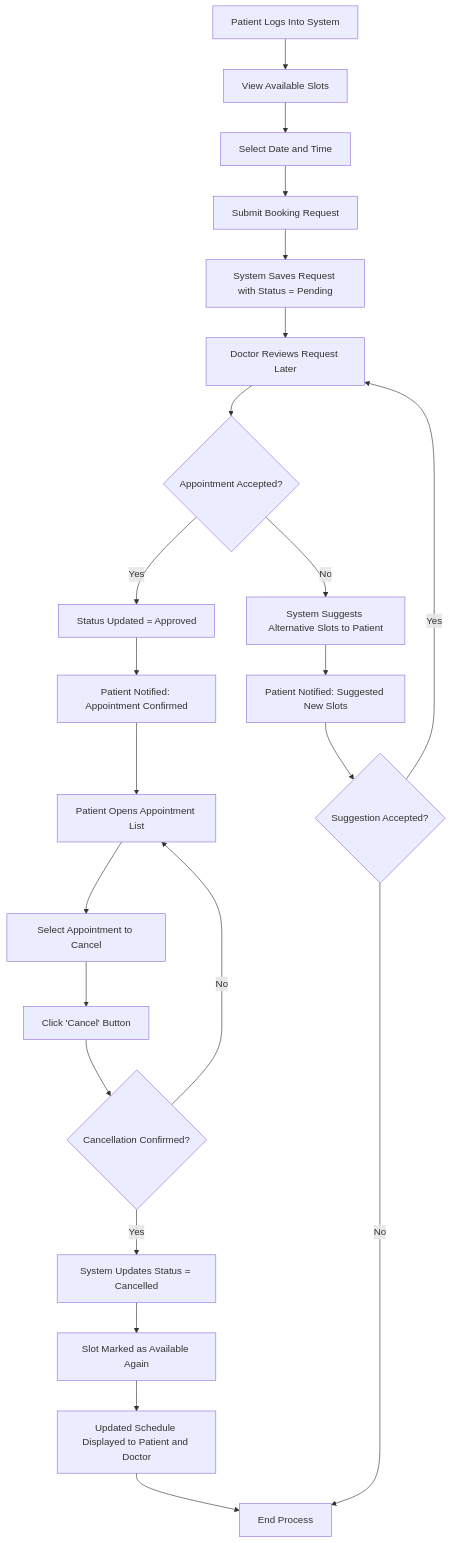
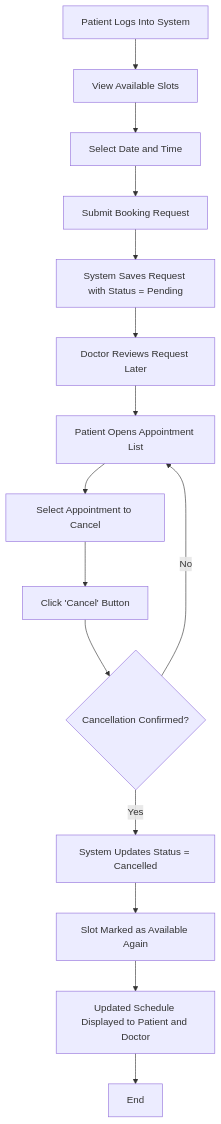
Before and after one commit to akshita-gkmit/medilink: the third of 3 diagrams in docs/usecases.md, drawn with Mermaid. The commit also changed other lines of this file and 2 other files, not shown here.

````diff
--- a/docs/usecases.md
+++ b/docs/usecases.md
@@ -148,30 +145,22 @@
 ```mermaid
 flowchart TD
     A["Patient Logs Into System"] --> B["View Available Slots"]
     B --> C["Select Date and Time"]
     C --> D["Submit Booking Request"]
     D --> E["System Saves Request with Status = Pending"]
     E --> F["Doctor Reviews Request Later"]
 
-    F --> O{"Appointment Accepted?"}
-    O -->|Yes| P["Status Updated = Approved"]
-    O -->|No| Q["System Suggests Alternative Slots to Patient"]
-
-    P --> R["Patient Notified: Appointment Confirmed"]
-    Q --> S["Patient Notified: Suggested New Slots"]
-    R --> T["Patient Opens Appointment List"]
-    S --> AC{"Suggestion Accepted?"}
-    AC -->|Yes| F
-    AC -->|No| AB["End Process"]
+    F --> T["Patient Opens Appointment List"]
+    
 
     T --> U["Select Appointment to Cancel"]
     U --> V["Click 'Cancel' Button"]
     V --> W{"Cancellation Confirmed?"}
     W -->|Yes| X["System Updates Status = Cancelled"]
     W -->|No| T
 
     X --> Z["Slot Marked as Available Again"]
     
     Z --> AA["Updated Schedule Displayed to Patient and Doctor"]
-    AA --> AB
+    AA --> AB["End"]
 ```
````
